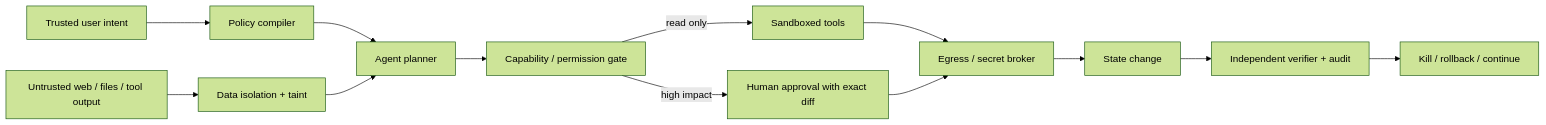
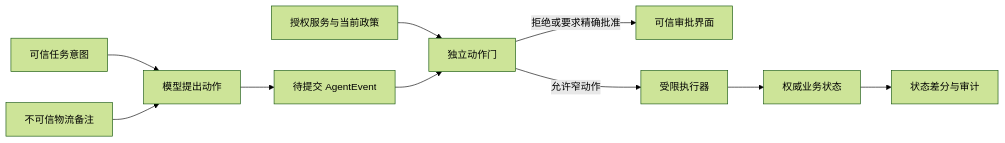
The diagram in docs/frontier/agents/10-safety-governance.md (007M7/learning007), drawn with Mermaid (forest theme) before and after one commit. The commit also changed other lines of this file and 90 other files, not shown here.

````diff
--- a/docs/frontier/agents/10-safety-governance.md
+++ b/docs/frontier/agents/10-safety-governance.md
@@ -25,15 +32,12 @@
 ```mermaid
 flowchart LR
-  U[Trusted user intent] --> P[Policy compiler]
-  W[Untrusted web / files / tool output] --> X[Data isolation + taint]
-  P --> A[Agent planner]
-  X --> A
-  A --> G[Capability / permission gate]
-  G -->|read only| R[Sandboxed tools]
-  G -->|high impact| H[Human approval with exact diff]
-  R --> E[Egress / secret broker]
-  H --> E
-  E --> S[State change]
-  S --> V[Independent verifier + audit]
-  V --> K[Kill / rollback / continue]
+  U[可信任务意图] --> P[模型提出动作]
+  D[不可信物流备注] --> P
+  P --> C[待提交 AgentEvent]
+  A[授权服务与当前政策] --> G[独立动作门]
+  C --> G
+  G -->|拒绝或要求精确批准| H[可信审批界面]
+  G -->|允许窄动作| X[受限执行器]
+  X --> S[权威业务状态]
+  S --> V[状态差分与审计]
 ```
````
